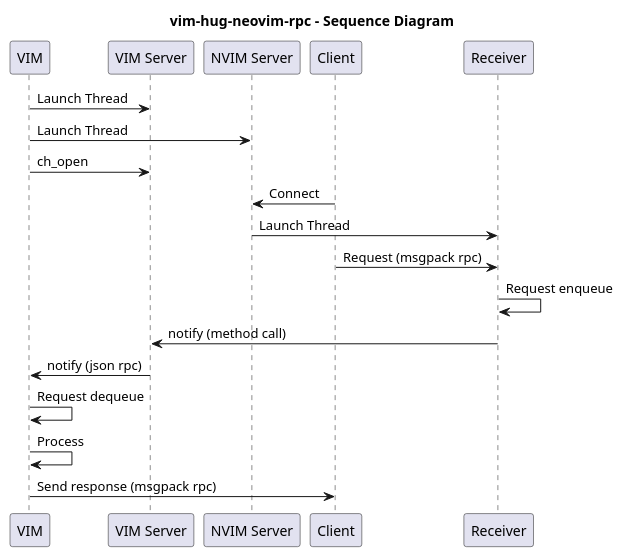
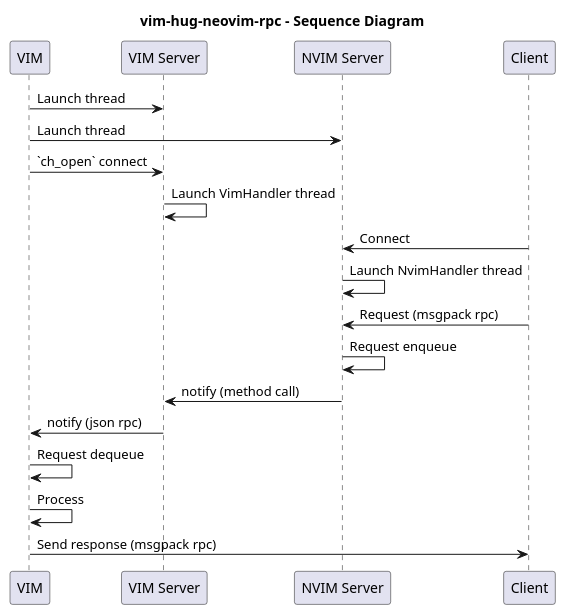
One commit to roxma/vim-hug-neovim-rpc changed the diagram in README.md. Above: the diagram before and after it, drawn with PlantUML. The commit also changed other lines of this file and 1 other file, not shown here.

Commit message:
simplify sequence diagram. change variable name.

````diff
--- a/README.md
+++ b/README.md
@@ -78,22 +83,22 @@
 ```plantuml
 @startuml
 
 title "vim-hug-neovim-rpc - Sequence Diagram"
 
-
-VIM -> "VIM Server": Launch Thread
-VIM -> "NVIM Server": Launch Thread
-VIM -> "VIM Server": ch_open
+VIM -> "VIM Server": Launch thread
+VIM -> "NVIM Server": Launch thread
+VIM -> "VIM Server": `ch_open` connect
+"VIM Server" -> "VIM Server": Launch VimHandler thread
 
 Client-> "NVIM Server": Connect
-"NVIM Server" -> Receiver: Launch Thread
-Client -> Receiver: Request (msgpack rpc)
-Receiver -> Receiver: Request enqueue
-Receiver -> "VIM Server": notify (method call)
+"NVIM Server" -> "NVIM Server": Launch NvimHandler thread
+Client -> "NVIM Server": Request (msgpack rpc)
+"NVIM Server" -> "NVIM Server": Request enqueue
+"NVIM Server" -> "VIM Server": notify (method call)
 "VIM Server" -> VIM: notify (json rpc)
 VIM -> VIM: Request dequeue 
 VIM -> VIM: Process
 VIM -> Client: Send response (msgpack rpc)
 
 @enduml
 ```
````
